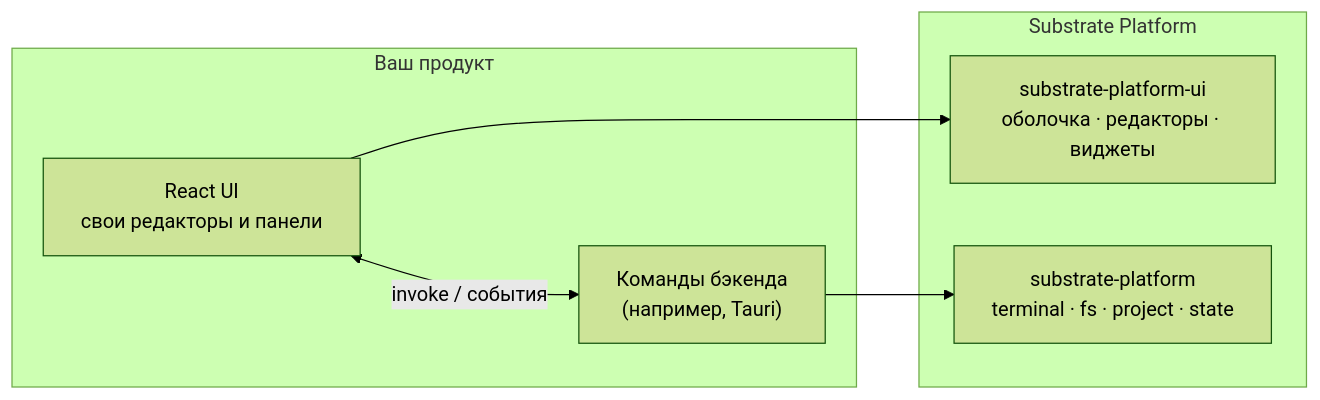
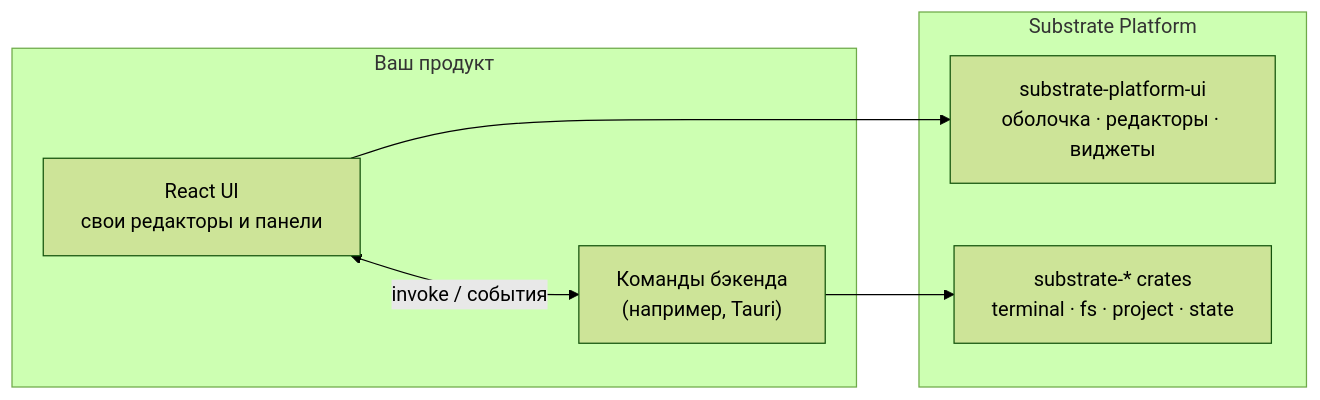
The diagram in README.ru.md (F000NKKK/Substrate-Platform), drawn with Mermaid (forest theme) before and after one commit. The commit also changed other lines of this file and 88 other files, not shown here.

First line of the commit message:
Wave 10: project-model and ide-state contexts; delete the substrate-platform crate

````diff
--- a/README.ru.md
+++ b/README.ru.md
@@ -46,14 +46,14 @@
 ```mermaid
 flowchart LR
     subgraph product["Ваш продукт"]
         ui["React UI<br/>свои редакторы и панели"]
         be["Команды бэкенда<br/>(например, Tauri)"]
     end
     subgraph sp["Substrate Platform"]
         spui["substrate-platform-ui<br/>оболочка · редакторы · виджеты"]
-        sprs["substrate-platform<br/>terminal · fs · project · state"]
+        sprs["substrate-* crates<br/>terminal · fs · project · state"]
     end
     ui --> spui
     be --> sprs
     ui <-- "invoke / события" --> be
 ```
````
